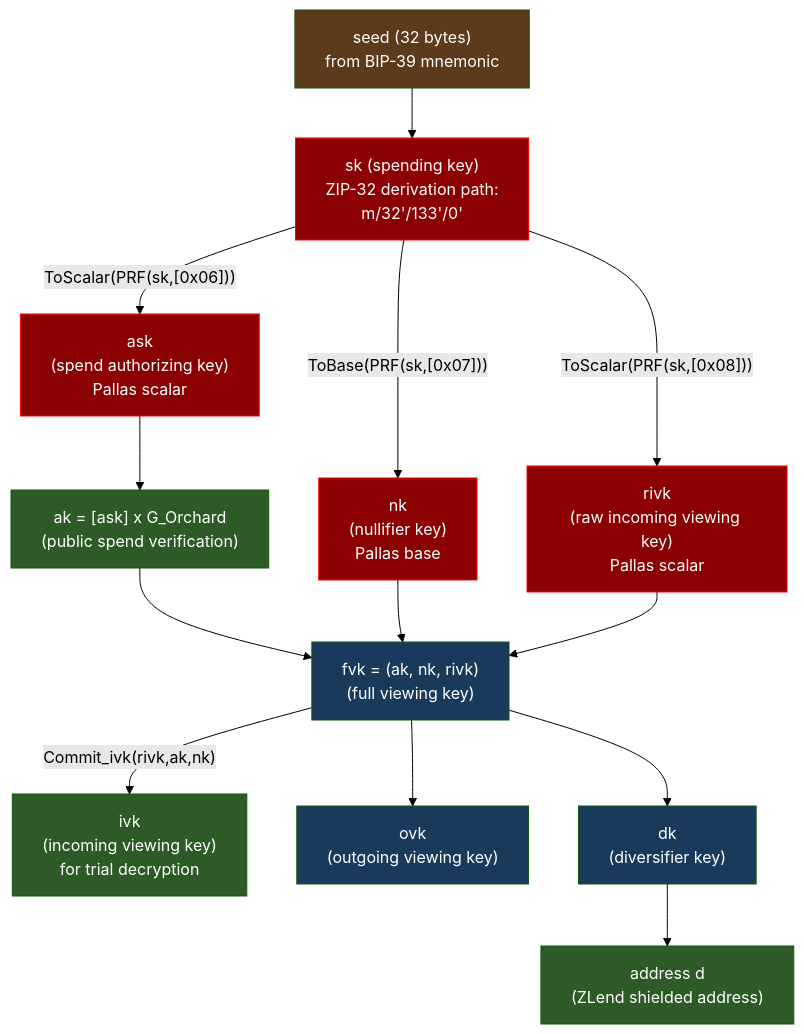
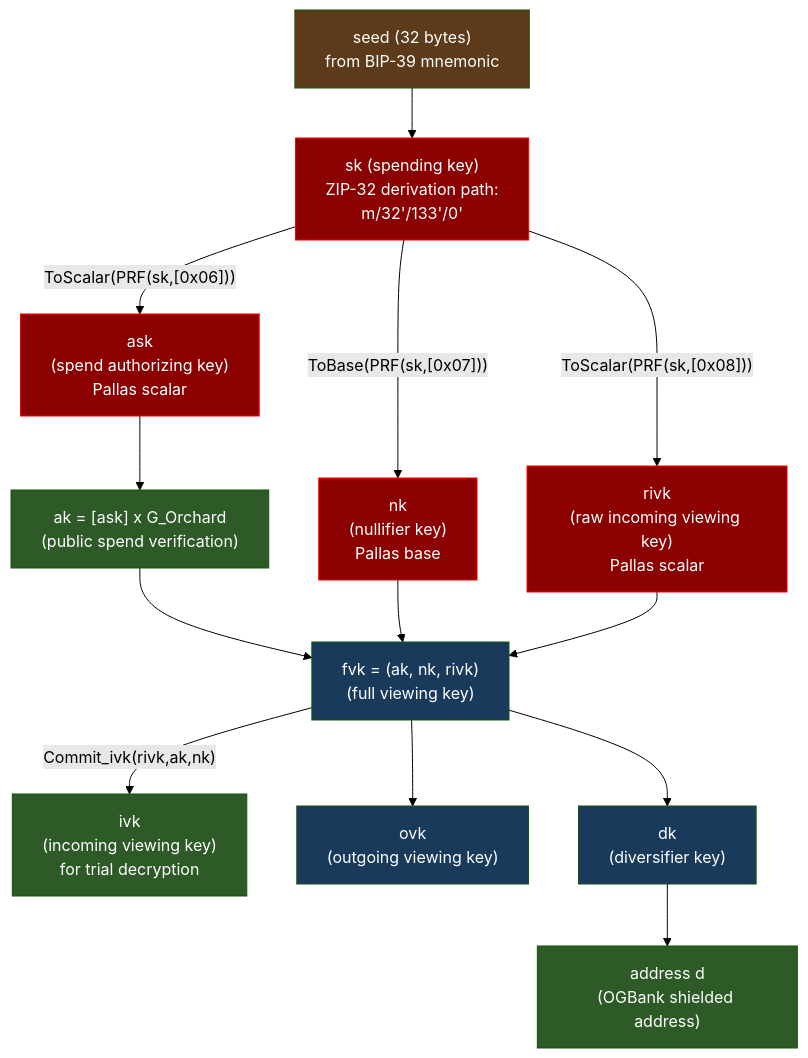
The third of 6 diagrams in docs/technical/08_mvp.md (sebastianlujan/zlend), drawn with Mermaid (forest theme) before and after one commit. The commit also changed other lines of this file and 68 other files, not shown here.

````diff
--- a/docs/technical/08_mvp.md
+++ b/docs/technical/08_mvp.md
@@ -130,42 +130,42 @@
 ```mermaid
 graph TD
     SEED["seed (32 bytes)<br/>from BIP-39 mnemonic"]
     SK["sk (spending key)<br/>ZIP-32 derivation path:<br/>m/32'/133'/0'"]
     ASK["ask<br/>(spend authorizing key)<br/>Pallas scalar"]
     NK["nk<br/>(nullifier key)<br/>Pallas base"]
     RIVK["rivk<br/>(raw incoming viewing key)<br/>Pallas scalar"]
     AK["ak = [ask] x G_Orchard<br/>(public spend verification)"]
     FVK["fvk = (ak, nk, rivk)<br/>(full viewing key)"]
     IVK["ivk<br/>(incoming viewing key)<br/>for trial decryption"]
     OVK["ovk<br/>(outgoing viewing key)"]
     DK["dk<br/>(diversifier key)"]
-    ADDR["address d<br/>(ZLend shielded address)"]
+    ADDR["address d<br/>(OGBank shielded address)"]
 
     SEED --> SK
     SK -->|"ToScalar(PRF(sk,[0x06]))"| ASK
     SK -->|"ToBase(PRF(sk,[0x07]))"| NK
     SK -->|"ToScalar(PRF(sk,[0x08]))"| RIVK
     ASK --> AK
     AK --> FVK
     NK --> FVK
     RIVK --> FVK
     FVK -->|"Commit_ivk(rivk,ak,nk)"| IVK
     FVK --> OVK
     FVK --> DK
     DK --> ADDR
 
     style SEED fill:#5c3a1a,color:#fff
     style SK fill:#8b0000,color:#fff
     style ASK fill:#8b0000,color:#fff
     style FVK fill:#1a3a5c,color:#fff
     style IVK fill:#2d5a27,color:#fff
     style ADDR fill:#2d5a27,color:#fff
 
     classDef secret fill:#8b0000,color:#fff,stroke:#ff0000
     classDef shared fill:#1a3a5c,color:#fff
     classDef public fill:#2d5a27,color:#fff
 
     class SK,ASK,NK,RIVK secret
     class FVK,OVK,DK shared
     class IVK,ADDR,AK public
 ```
````
